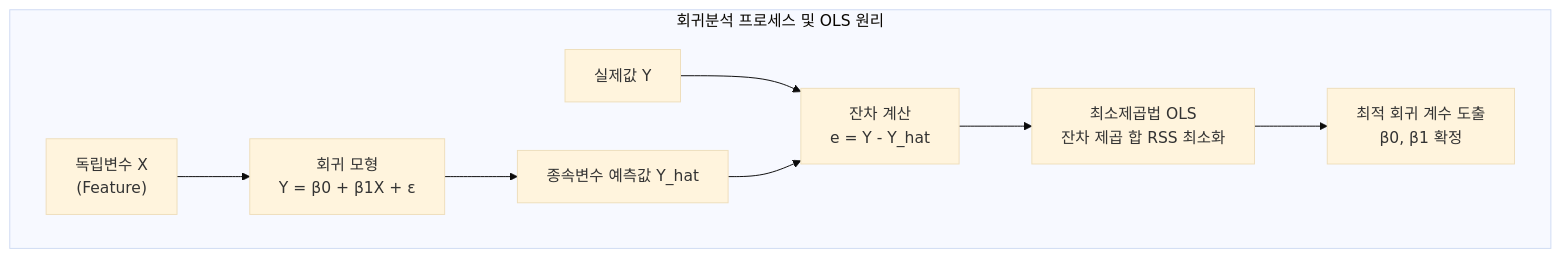
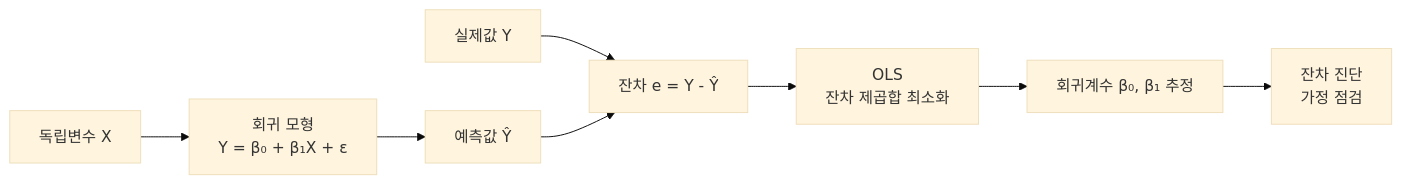
One commit to supremethumb/supremethumb.github.io changed the diagram in content/01_IT Tech/회귀분석.md. Above: the diagram before and after it, drawn with Mermaid (base theme). The commit also changed other lines of this file and 1087 other files, not shown here.

````diff
--- a/content/01_IT Tech/회귀분석.md
+++ b/content/01_IT Tech/회귀분석.md
@@ -23,16 +37,10 @@
 ```mermaid
 flowchart LR
-    subgraph "회귀분석 프로세스 및 OLS 원리"
-        direction LR
-        X["독립변수 X<br/>(Feature)"] --> M["회귀 모형<br/>Y = β0 + β1X + ε"]
-        M --> Y_hat[종속변수 예측값 Y_hat]
-        
-        Actual[실제값 Y] --> Loss["잔차 계산<br/>e = Y - Y_hat"]
-        Y_hat --> Loss
-        
-        Loss --> Opt["최소제곱법 OLS<br/>잔차 제곱 합 RSS 최소화"]
-        Opt --> Param["최적 회귀 계수 도출<br/>β0, β1 확정"]
-    end
-
-
+    X["독립변수 X"] --> M["회귀 모형<br/>Y = β₀ + β₁X + ε"]
+    M --> YH["예측값 Ŷ"]
+    Y["실제값 Y"] --> E["잔차 e = Y - Ŷ"]
+    YH --> E
+    E --> O["OLS<br/>잔차 제곱합 최소화"]
+    O --> B["회귀계수 β₀, β₁ 추정"]
+    B --> D["잔차 진단<br/>가정 점검"]
 ```
````
